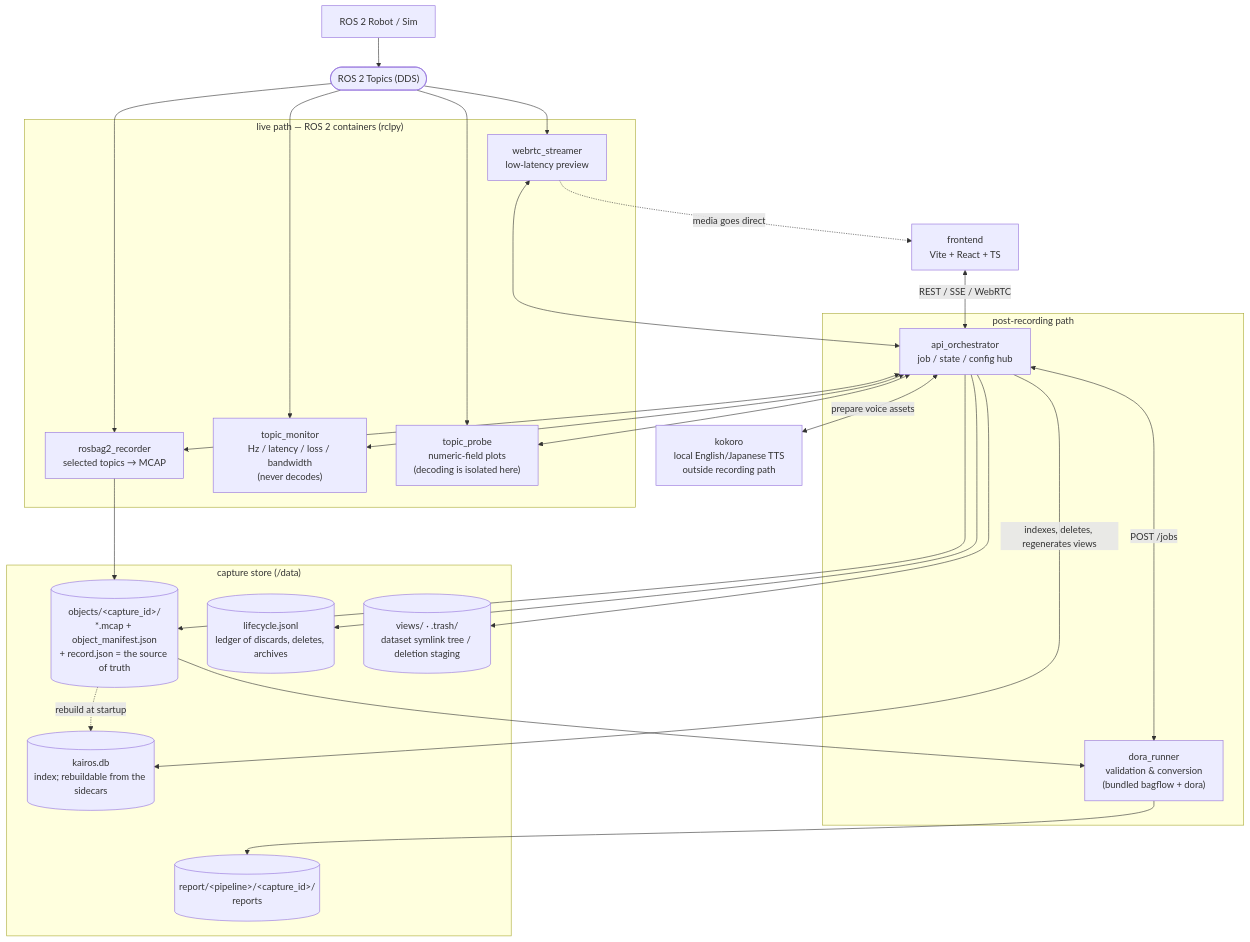
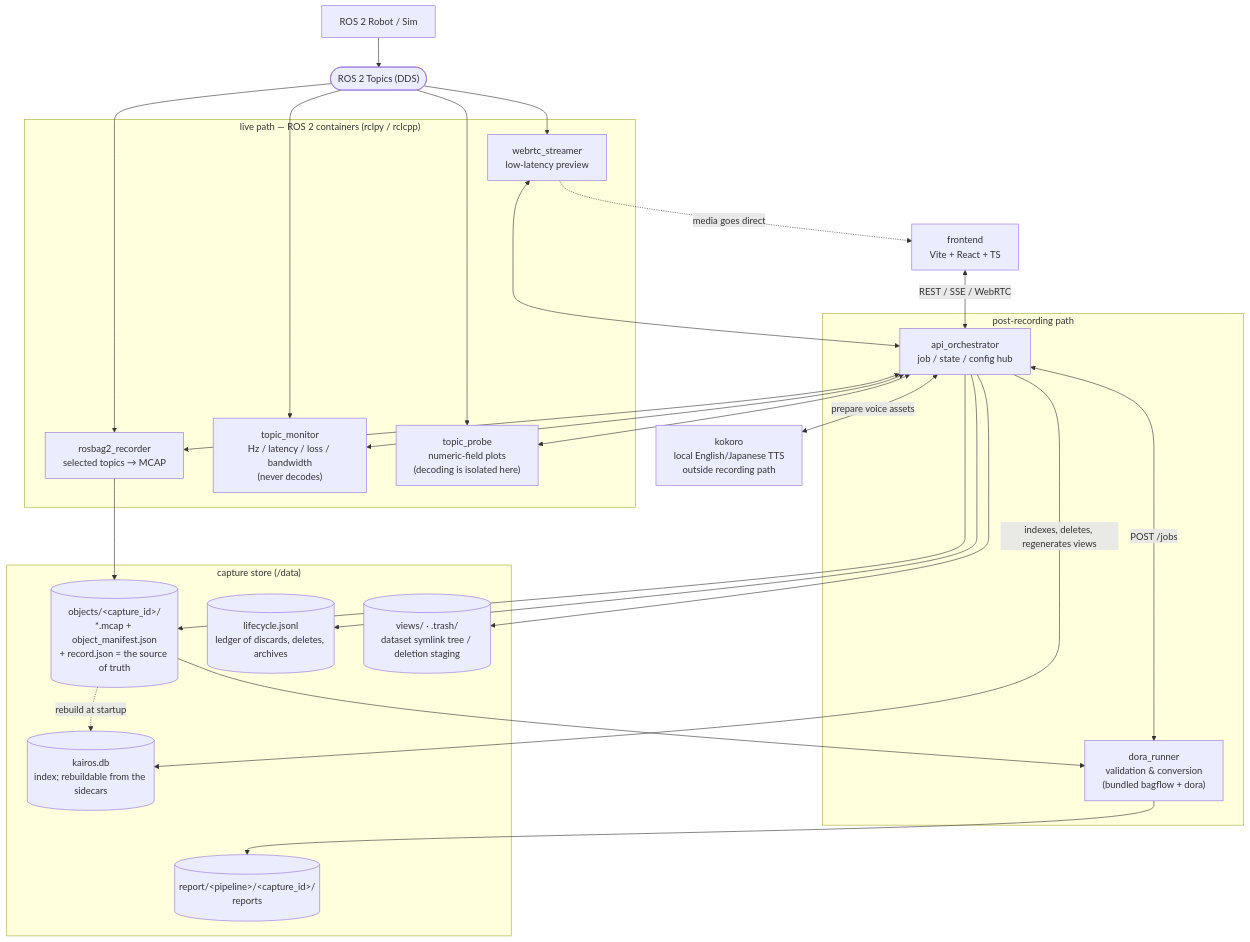
Before and after one commit to sige0002/kairos: the first of 2 diagrams in README.md, drawn with Mermaid. The commit also changed 18 other files, not shown here.

````diff
--- a/README.md
+++ b/README.md
@@ -18,39 +18,39 @@
 ```mermaid
 flowchart TB
   ROBOT["ROS 2 Robot / Sim"] --> TOPICS(["ROS 2 Topics (DDS)"])
 
-  subgraph live["live path — ROS 2 containers (rclpy)"]
+  subgraph live["live path — ROS 2 containers (rclpy / rclcpp)"]
     REC["rosbag2_recorder<br/>selected topics → MCAP"]
     MON["topic_monitor<br/>Hz / latency / loss / bandwidth<br/>(never decodes)"]
     PROBE["topic_probe<br/>numeric-field plots<br/>(decoding is isolated here)"]
     WEB["webrtc_streamer<br/>low-latency preview"]
   end
 
   subgraph post["post-recording path"]
     ORC["api_orchestrator<br/>job / state / config hub"]
     DR["dora_runner<br/>validation &amp; conversion<br/>(bundled bagflow + dora)"]
   end
 
   FE["frontend<br/>Vite + React + TS"]
   TTS["kokoro<br/>local English/Japanese TTS<br/>outside recording path"]
 
   subgraph store["capture store (/data)"]
     MCAP[("objects/&lt;capture_id&gt;/<br/>*.mcap + object_manifest.json<br/>+ record.json = the source of truth")]
     LEDGER[("lifecycle.jsonl<br/>ledger of discards, deletes, archives")]
     DB[("kairos.db<br/>index; rebuildable from the sidecars")]
     VIEWS[("views/ · .trash/<br/>dataset symlink tree / deletion staging")]
     OUT[("report/&lt;pipeline&gt;/&lt;capture_id&gt;/<br/>reports")]
   end
 
   TOPICS --> REC & MON & PROBE & WEB
   REC --> MCAP
   MCAP --> DR --> OUT
   FE <-->|"REST / SSE / WebRTC"| ORC
   ORC <-->|"prepare voice assets"| TTS
   ORC <--> REC & MON & PROBE & WEB
   ORC <-->|"POST /jobs"| DR
   ORC -->|"indexes, deletes, regenerates views"| DB
   ORC --> MCAP & LEDGER & VIEWS
   MCAP -.->|"rebuild at startup"| DB
   WEB -.->|"media goes direct"| FE
 ```
````
